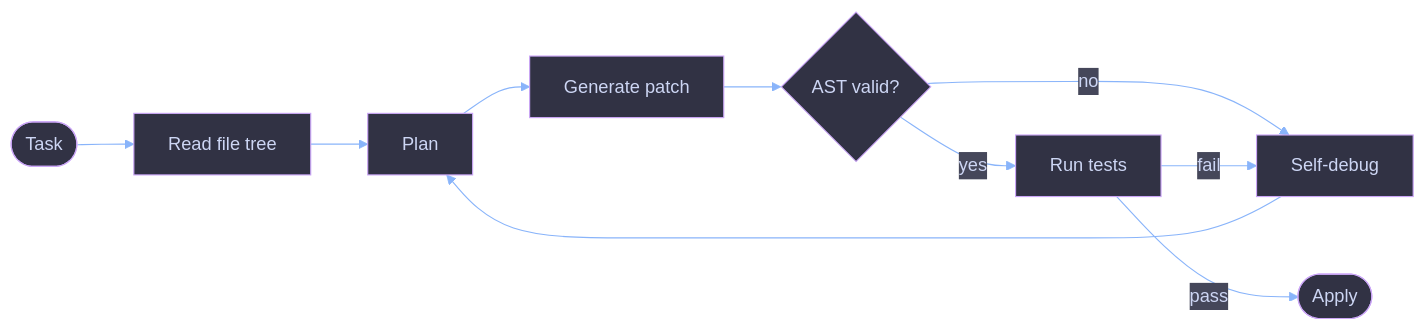
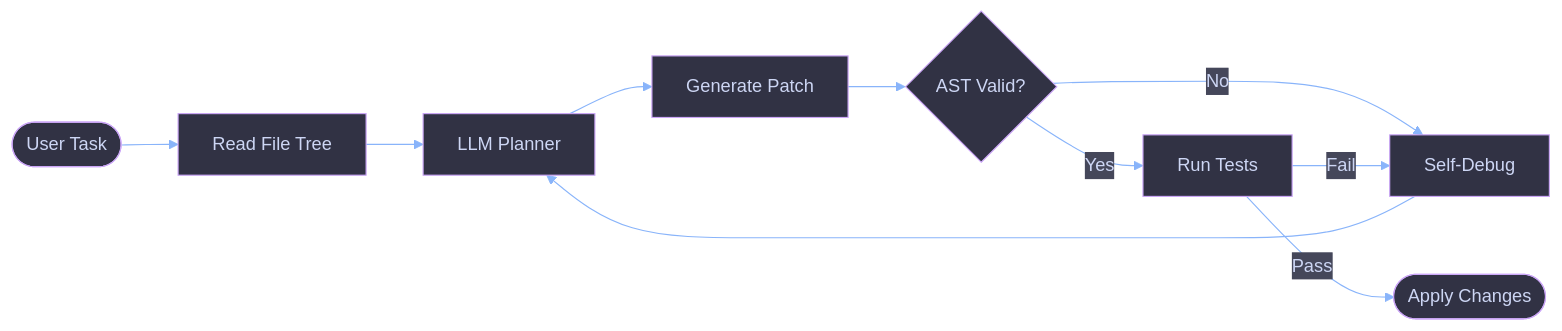
The first of 4 diagrams in README.md (M-Awais-11/M-Awais-11), drawn with Mermaid before and after one commit. The commit also changed other lines of this file, not shown here.

````diff
--- a/README.md
+++ b/README.md
@@ -129,13 +200,13 @@
 ```mermaid
 %%{init: {'theme':'base','themeVariables':{'primaryColor':'#313244','primaryTextColor':'#cdd6f4','primaryBorderColor':'#cba6f7','lineColor':'#89b4fa','secondaryColor':'#45475a','tertiaryColor':'#1e1e2e'}}}%%
 flowchart LR
-    A([Task]) --> B[Read file tree]
-    B --> C[Plan]
-    C --> D[Generate patch]
-    D --> E{AST valid?}
-    E -- no --> F[Self-debug]
+    A([User Task]) --> B[Read File Tree]
+    B --> C[LLM Planner]
+    C --> D[Generate Patch]
+    D --> E{AST Valid?}
+    E -- No --> F[Self-Debug]
     F --> C
-    E -- yes --> G[Run tests]
-    G -- fail --> F
-    G -- pass --> H([Apply])
+    E -- Yes --> G[Run Tests]
+    G -- Fail --> F
+    G -- Pass --> H([Apply Changes])
 ```
````
